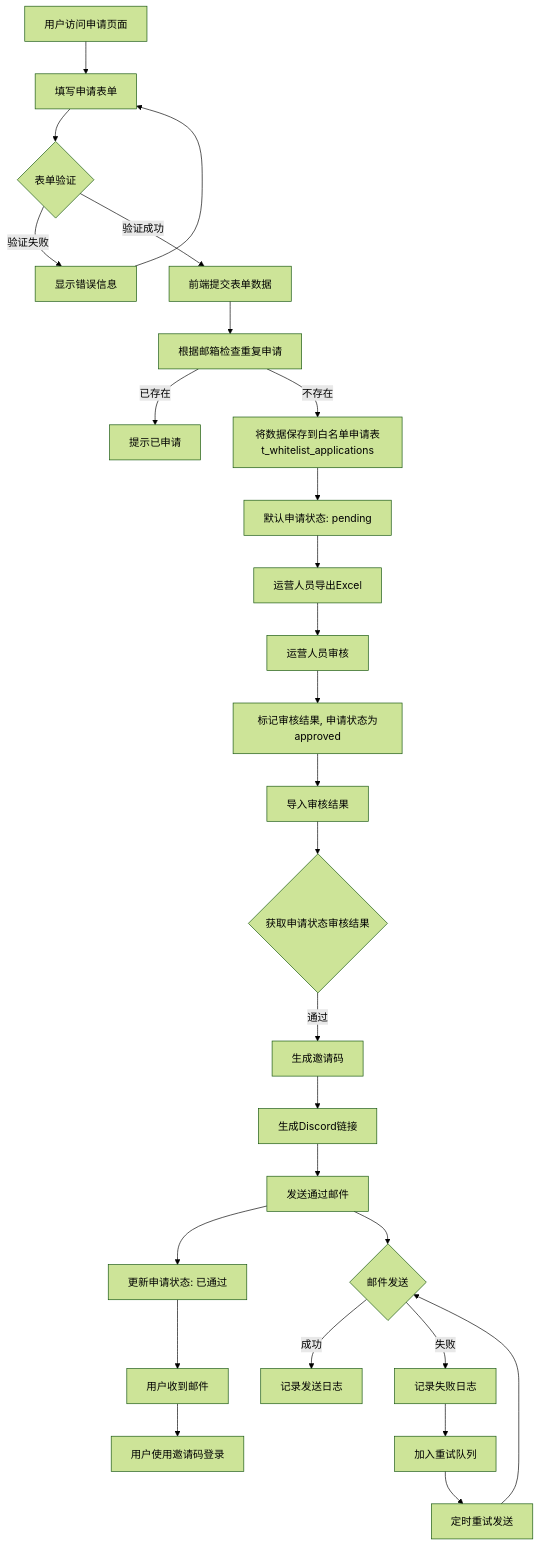
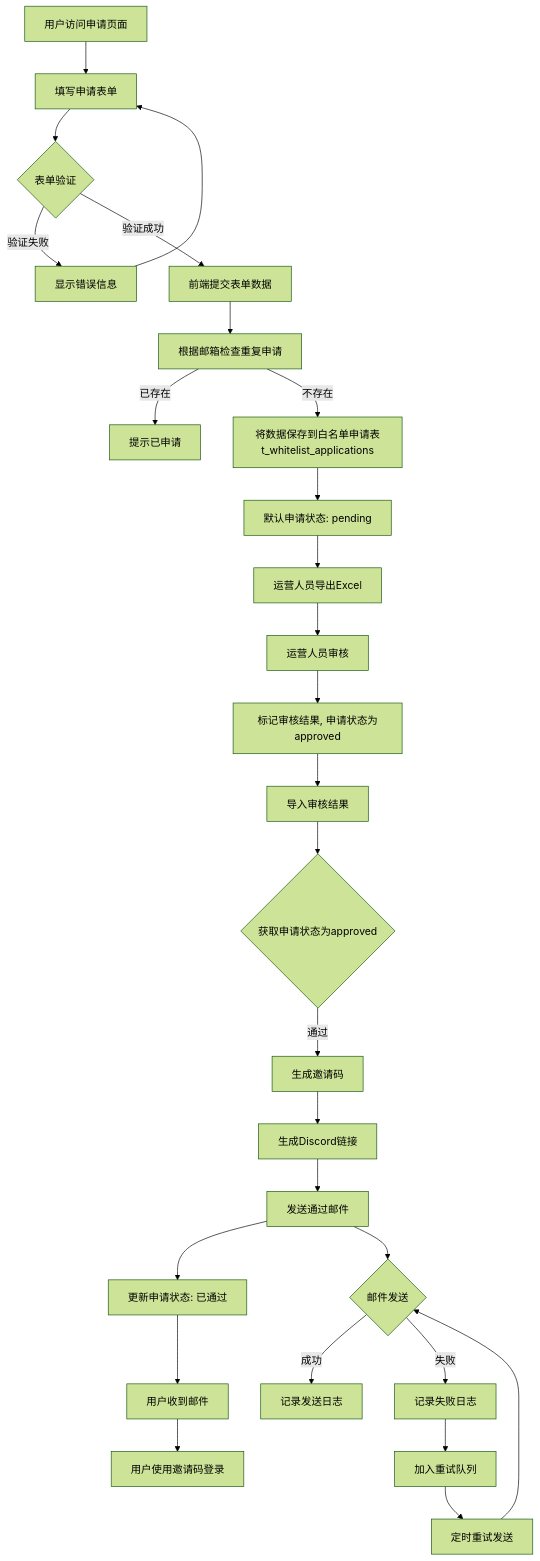
Before and after one commit to yingjianzh/iodraw-files: the diagram in all/未命名-69.md, drawn with Mermaid (forest theme).

Commit message:
2025-07-03 10:30:35 update

````diff
--- a/all/未命名-69.md
+++ b/all/未命名-69.md
@@ -1,33 +1,33 @@
 ```mermaid
 flowchart TD
     A[用户访问申请页面] --> B[填写申请表单]
     B --> C{表单验证}
     C -->|验证失败| D[显示错误信息]
     D --> B
     C -->|验证成功| E[前端提交表单数据]
     E -->E1[根据邮箱检查重复申请]
     E1 -->|已存在| F[提示已申请]
     E1 -->|不存在| G[将数据保存到白名单申请表t_whitelist_applications]
     G --> H[默认申请状态: pending]
     
     H --> I[运营人员导出Excel]
     I --> J[运营人员审核]
     J --> K[标记审核结果, 申请状态为approved]
     K --> L[导入审核结果]
-    L --> M{获取申请状态审核结果}
+    L --> M{获取申请状态为approved}
     
     M -->|通过| N[生成邀请码]
     N --> O[生成Discord链接]
     O --> P[发送通过邮件]
     P --> Q[更新申请状态: 已通过]
     
     P --> T{邮件发送}
     T -->|成功| U[记录发送日志]
     T -->|失败| V[记录失败日志]
     V --> W[加入重试队列]
     W --> X[定时重试发送]
     X --> T
     
     Q --> Y[用户收到邮件]
     Y --> Z[用户使用邀请码登录]
 ```
````
